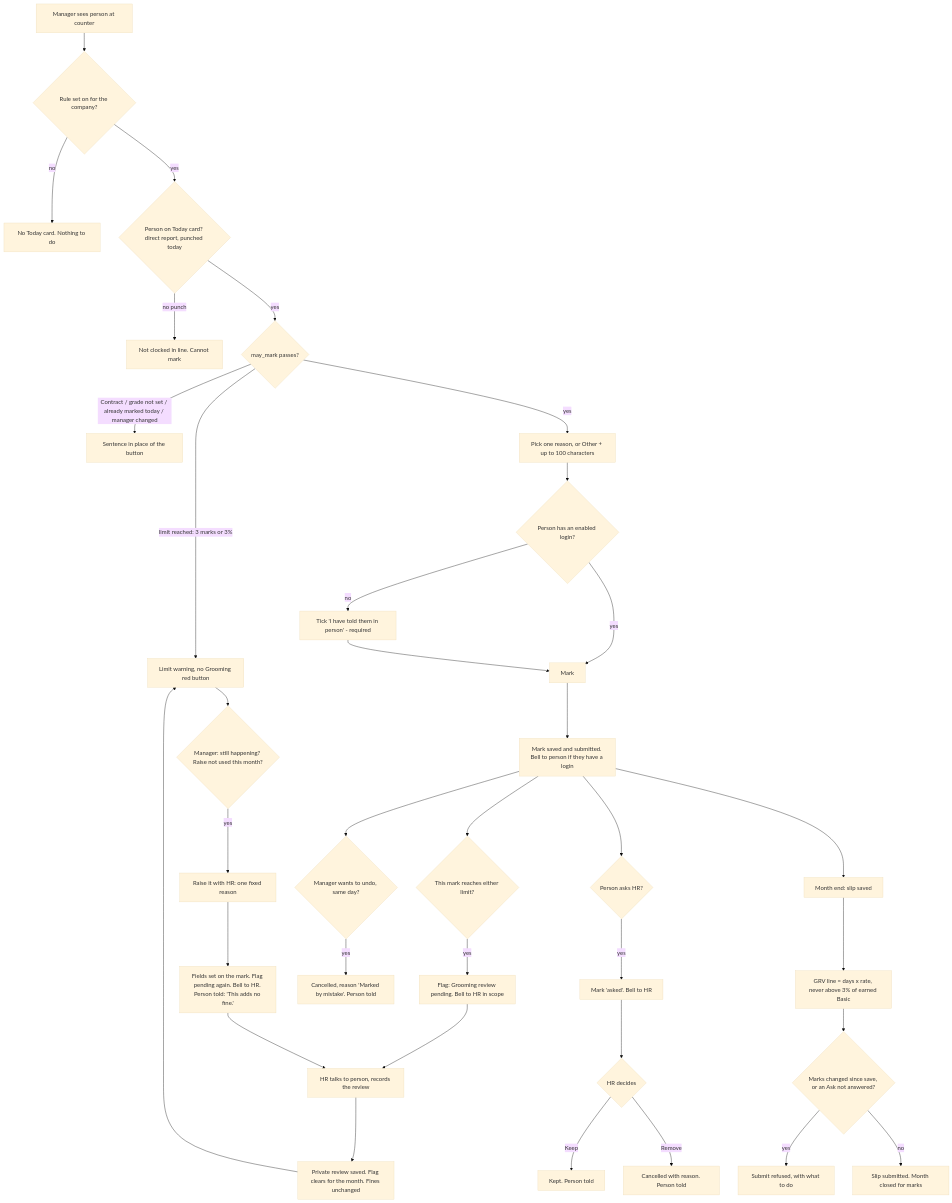
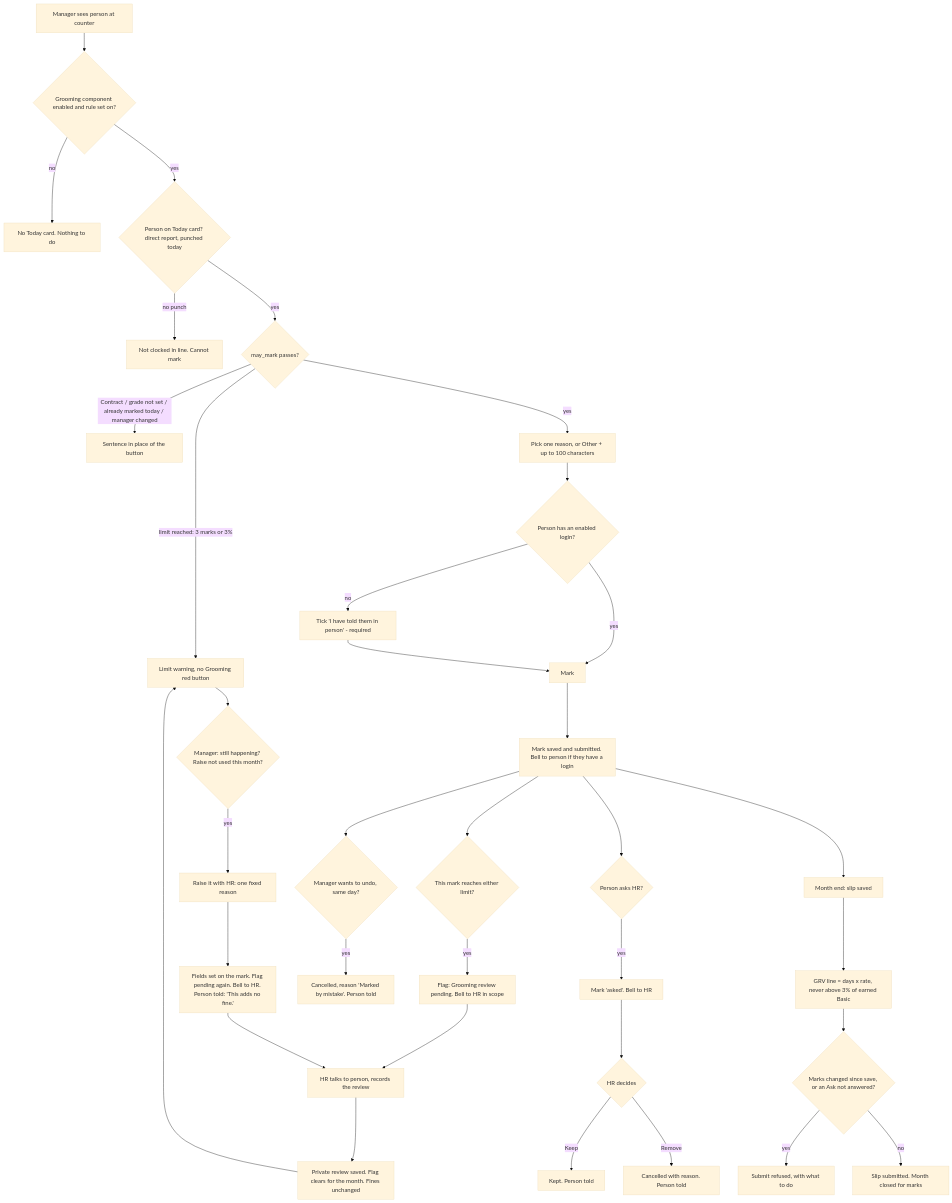
The diagram in docs/slices/066-grooming-red-mark/03-functional-spec.md (surbhigoyal7381-agent/hr-app), drawn with Mermaid (base theme) before and after one commit. The commit also changed other lines of this file and 2 other files, not shown here.

Commit message:
066 docs: the component is grooming's switch; release step and rollback

````diff
--- a/docs/slices/066-grooming-red-mark/03-functional-spec.md
+++ b/docs/slices/066-grooming-red-mark/03-functional-spec.md
@@ -123,37 +123,37 @@
 ```mermaid
 flowchart TD
-  A[Manager sees person at counter] --> B{Rule set on for the company?}
+  A[Manager sees person at counter] --> B{Grooming component enabled and rule set on?}
   B -- no --> Z1[No Today card. Nothing to do]
   B -- yes --> C{Person on Today card? direct report, punched today}
   C -- no punch --> Z2["Not clocked in" line. Cannot mark]
   C -- yes --> D{may_mark passes?}
   D -- Contract / grade not set / already marked today / manager changed --> Z3[Sentence in place of the button]
   D -- limit reached: 3 marks or 3% --> LW[Limit warning, no Grooming red button]
   D -- yes --> E[Pick one reason, or Other + up to 100 characters]
   E --> F{Person has an enabled login?}
   F -- no --> G[Tick 'I have told them in person' - required]
   F -- yes --> H[Mark]
   G --> H
   H --> I[Mark saved and submitted. Bell to person if they have a login]
   I --> J{This mark reaches either limit?}
   J -- yes --> K[Flag: Grooming review pending. Bell to HR in scope]
   K --> S[HR talks to person, records the review]
   S --> T[Private review saved. Flag clears for the month. Fines unchanged]
   T --> LW
   LW --> R{Manager: still happening? Raise not used this month?}
   R -- yes --> RA[Raise it with HR: one fixed reason]
   RA --> RB[Fields set on the mark. Flag pending again. Bell to HR. Person told: 'This adds no fine.']
   RB --> S
   I --> L{Manager wants to undo, same day?}
   L -- yes --> M[Cancelled, reason 'Marked by mistake'. Person told]
   I --> N{Person asks HR?}
   N -- yes --> O[Mark 'asked'. Bell to HR]
   O --> P{HR decides}
   P -- Keep --> Q[Kept. Person told]
   P -- Remove --> R2[Cancelled with reason. Person told]
   I --> U[Month end: slip saved]
   U --> V[GRV line = days x rate, never above 3% of earned Basic]
   V --> W{Marks changed since save, or an Ask not answered?}
   W -- yes --> X[Submit refused, with what to do]
   W -- no --> Y[Slip submitted. Month closed for marks]
 ```
````
